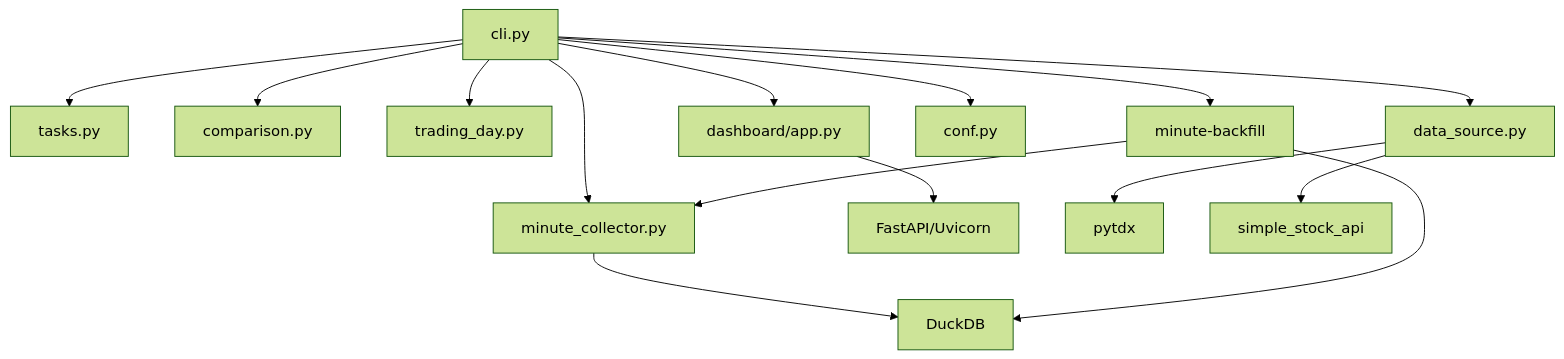
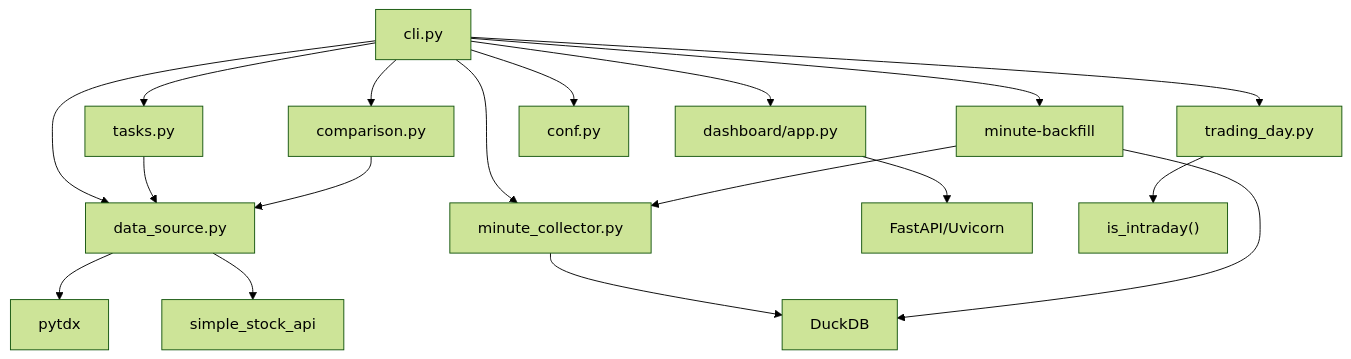
One commit to ldeng76/quant-ETF changed the fourth of 4 diagrams in .qoder/repowiki/zh/content/CLI命令参考/CLI命令参考.md. Above: the diagram before and after it, drawn with Mermaid (forest theme). The commit also changed other lines of this file and 12 other files, not shown here.

````diff
--- a/.qoder/repowiki/zh/content/CLI命令参考/CLI命令参考.md
+++ b/.qoder/repowiki/zh/content/CLI命令参考/CLI命令参考.md
@@ -497,17 +517,20 @@
 ```mermaid
 graph TB
 CLI["cli.py"] --> Tasks["tasks.py"]
 CLI --> Compare["comparison.py"]
 CLI --> Trading["trading_day.py"]
 CLI --> Minute["minute_collector.py"]
 CLI --> Dash["dashboard/app.py"]
 CLI --> DS["data_source.py"]
 CLI --> Conf["conf.py"]
 CLI --> MinBackfill["minute-backfill"]
+Tasks --> DS
+Compare --> DS
 Minute --> DuckDB["DuckDB"]
 Dash --> FastAPI["FastAPI/Uvicorn"]
 DS --> PyTDX["pytdx"]
 DS --> SimpleAPI["simple_stock_api"]
 MinBackfill --> Minute
 MinBackfill --> DuckDB
+Trading --> Intraday["is_intraday()"]
 ```
````
